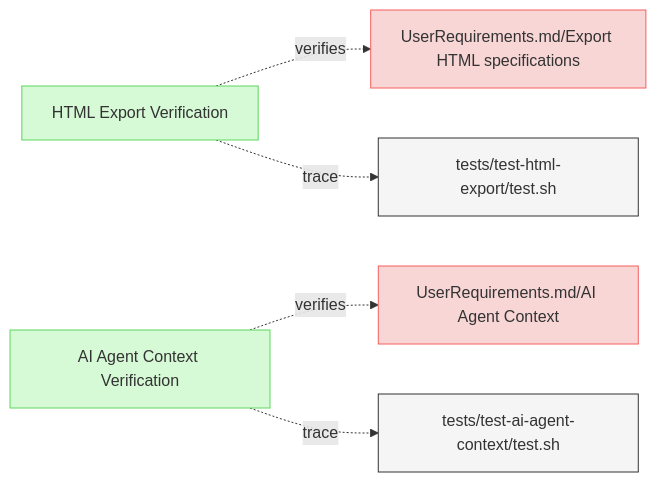
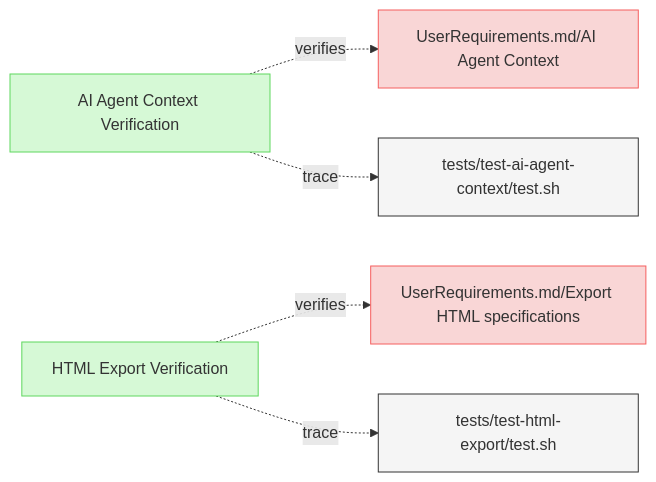
Before and after one commit to reqvire-org/reqvire: the diagram in specifications/Verifications/Misc.md, drawn with Mermaid. The commit also changed 15 other files, not shown here.

Commit message:
Linted and new diagrams generated.

````diff
--- a/specifications/Verifications/Misc.md
+++ b/specifications/Verifications/Misc.md
@@ -6,31 +6,31 @@
 ```mermaid
 graph LR;
   %% Graph styling
   classDef requirement fill:#f9d6d6,stroke:#f55f5f,stroke-width:1px;
   classDef verification fill:#d6f9d6,stroke:#5fd75f,stroke-width:1px;
   classDef externalLink fill:#d0e0ff,stroke:#3080ff,stroke-width:1px;
   classDef default fill:#f5f5f5,stroke:#333333,stroke-width:1px;
 
+  3c6410e3387503c0["AI Agent Context Verification"];
+  click 3c6410e3387503c0 "https://github.com/Reqvire/reqvire/blob/b8c43d2689b933838bf1838d8a4cdf3393c9014f/specifications/Verifications/Misc.md#ai-agent-context-verification";
+  class 3c6410e3387503c0 verification;
+  7fd9156eac77c270["UserRequirements.md/AI Agent Context"];
+  class 7fd9156eac77c270 requirement;
+  click 7fd9156eac77c270 "https://github.com/Reqvire/reqvire/blob/b8c43d2689b933838bf1838d8a4cdf3393c9014f/specifications/UserRequirements.md#ai-agent-context";
+  3c6410e3387503c0 -.->|verifies| 7fd9156eac77c270;
+  6dc663bb31c3eb65["tests/test-ai-agent-context/test.sh"];
+  class 6dc663bb31c3eb65 default;
+  click 6dc663bb31c3eb65 "https://github.com/Reqvire/reqvire/blob/b8c43d2689b933838bf1838d8a4cdf3393c9014f/tests/test-ai-agent-context/test.sh";
+  3c6410e3387503c0 -.->|trace| 6dc663bb31c3eb65;
   ee855bb5e5d1f05b["HTML Export Verification"];
-  click ee855bb5e5d1f05b "https://github.com/Reqvire/reqvire/blob/f18e52f9f88c64f67a79abc4e93eb74b3ec22615/specifications/Verifications/Misc.md#html-export-verification";
+  click ee855bb5e5d1f05b "https://github.com/Reqvire/reqvire/blob/b8c43d2689b933838bf1838d8a4cdf3393c9014f/specifications/Verifications/Misc.md#html-export-verification";
   class ee855bb5e5d1f05b verification;
   d9686a154fe87b2["UserRequirements.md/Export HTML specifications"];
   class d9686a154fe87b2 requirement;
-  click d9686a154fe87b2 "https://github.com/Reqvire/reqvire/blob/f18e52f9f88c64f67a79abc4e93eb74b3ec22615/specifications/UserRequirements.md#export-html-specifications";
+  click d9686a154fe87b2 "https://github.com/Reqvire/reqvire/blob/b8c43d2689b933838bf1838d8a4cdf3393c9014f/specifications/UserRequirements.md#export-html-specifications";
   ee855bb5e5d1f05b -.->|verifies| d9686a154fe87b2;
   ca710f5a0e5dfc5d["tests/test-html-export/test.sh"];
   class ca710f5a0e5dfc5d default;
-  click ca710f5a0e5dfc5d "https://github.com/Reqvire/reqvire/blob/f18e52f9f88c64f67a79abc4e93eb74b3ec22615/tests/test-html-export/test.sh";
+  click ca710f5a0e5dfc5d "https://github.com/Reqvire/reqvire/blob/b8c43d2689b933838bf1838d8a4cdf3393c9014f/tests/test-html-export/test.sh";
   ee855bb5e5d1f05b -.->|trace| ca710f5a0e5dfc5d;
-  3c6410e3387503c0["AI Agent Context Verification"];
-  click 3c6410e3387503c0 "https://github.com/Reqvire/reqvire/blob/f18e52f9f88c64f67a79abc4e93eb74b3ec22615/specifications/Verifications/Misc.md#ai-agent-context-verification";
-  class 3c6410e3387503c0 verification;
-  7fd9156eac77c270["UserRequirements.md/AI Agent Context"];
-  class 7fd9156eac77c270 requirement;
-  click 7fd9156eac77c270 "https://github.com/Reqvire/reqvire/blob/f18e52f9f88c64f67a79abc4e93eb74b3ec22615/specifications/UserRequirements.md#ai-agent-context";
-  3c6410e3387503c0 -.->|verifies| 7fd9156eac77c270;
-  6dc663bb31c3eb65["tests/test-ai-agent-context/test.sh"];
-  class 6dc663bb31c3eb65 default;
-  click 6dc663bb31c3eb65 "https://github.com/Reqvire/reqvire/blob/f18e52f9f88c64f67a79abc4e93eb74b3ec22615/tests/test-ai-agent-context/test.sh";
-  3c6410e3387503c0 -.->|trace| 6dc663bb31c3eb65;
 ```
````
